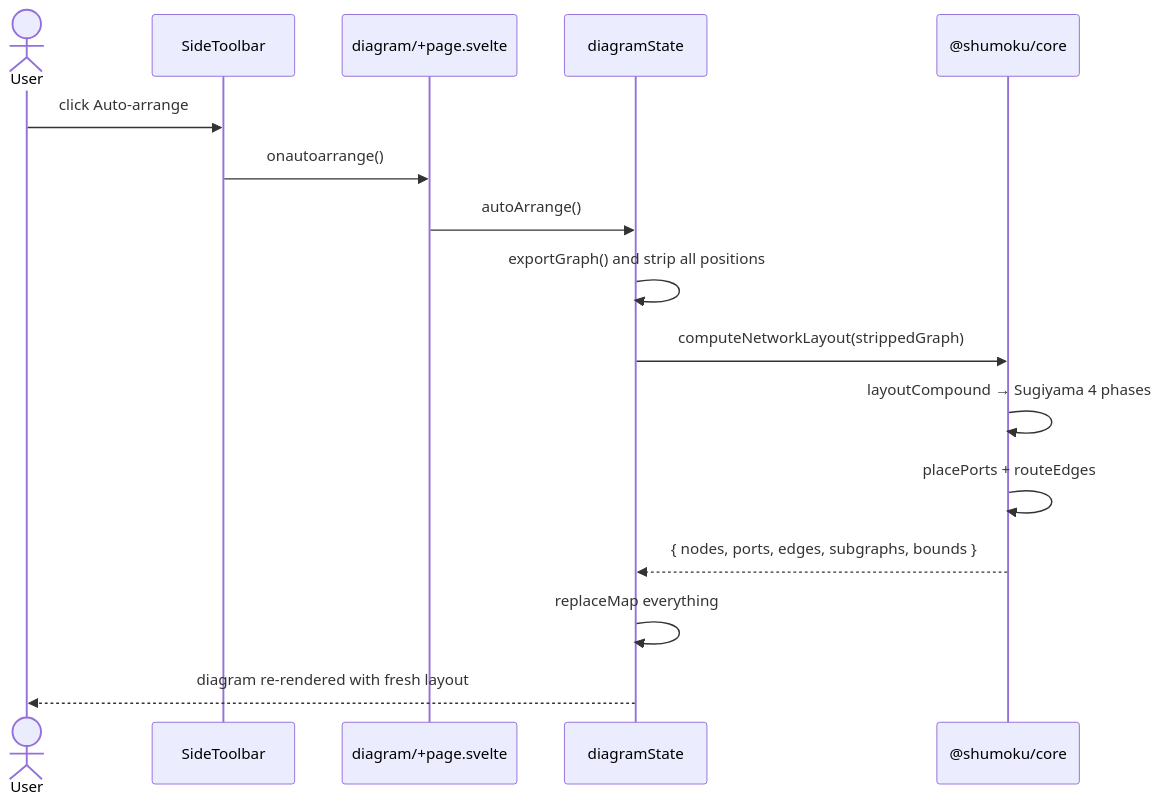
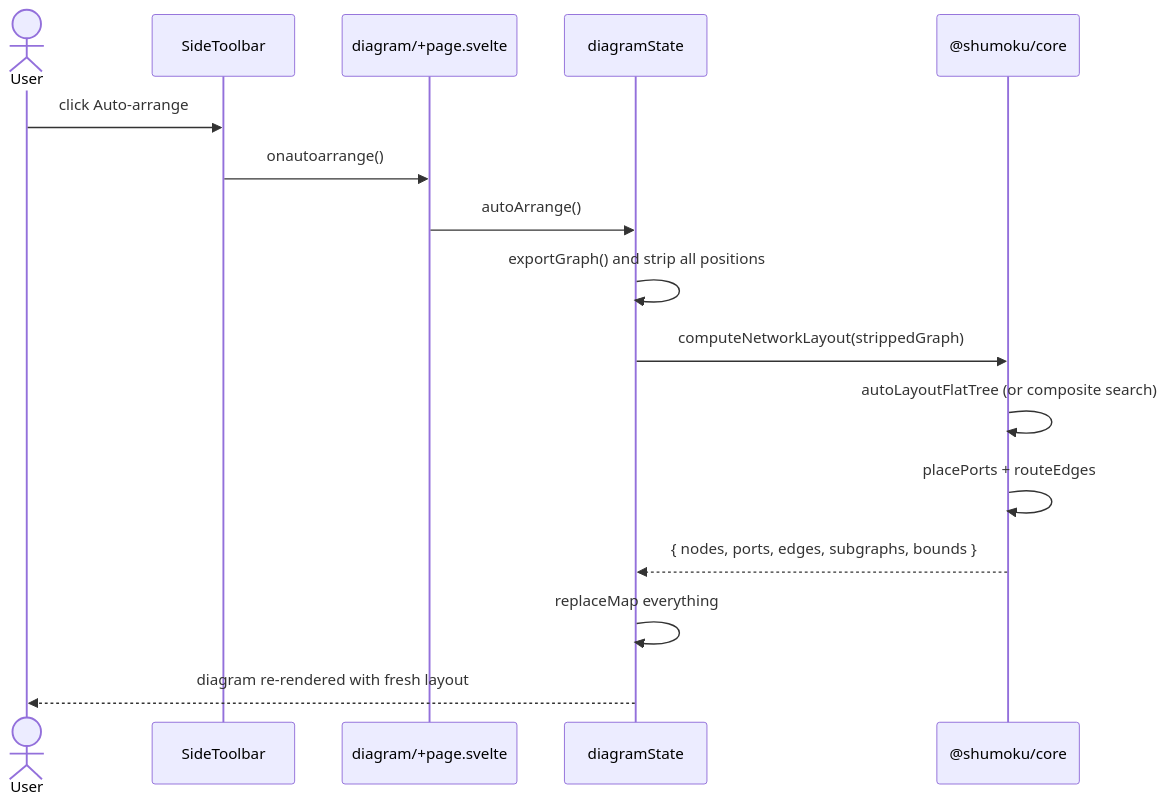
The tenth of 12 diagrams in docs/ARCHITECTURE.md (konoe-akitoshi/shumoku), drawn with Mermaid before and after one commit. The commit also changed other lines of this file and 66 other files, not shown here.

````diff
--- a/docs/ARCHITECTURE.md
+++ b/docs/ARCHITECTURE.md
@@ -442,19 +451,19 @@
 ```mermaid
 sequenceDiagram
   actor User
   participant STB as SideToolbar
   participant Page as diagram/+page.svelte
   participant DS as diagramState
   participant Core as @shumoku/core
 
   User->>STB: click Auto-arrange
   STB->>Page: onautoarrange()
   Page->>DS: autoArrange()
   DS->>DS: exportGraph() and strip all positions
   DS->>Core: computeNetworkLayout(strippedGraph)
-  Core->>Core: layoutCompound → Sugiyama 4 phases
+  Core->>Core: autoLayoutFlatTree (or composite search)
   Core->>Core: placePorts + routeEdges
   Core-->>DS: { nodes, ports, edges, subgraphs, bounds }
   DS->>DS: replaceMap everything
   DS-->>User: diagram re-rendered with fresh layout
 ```
````
